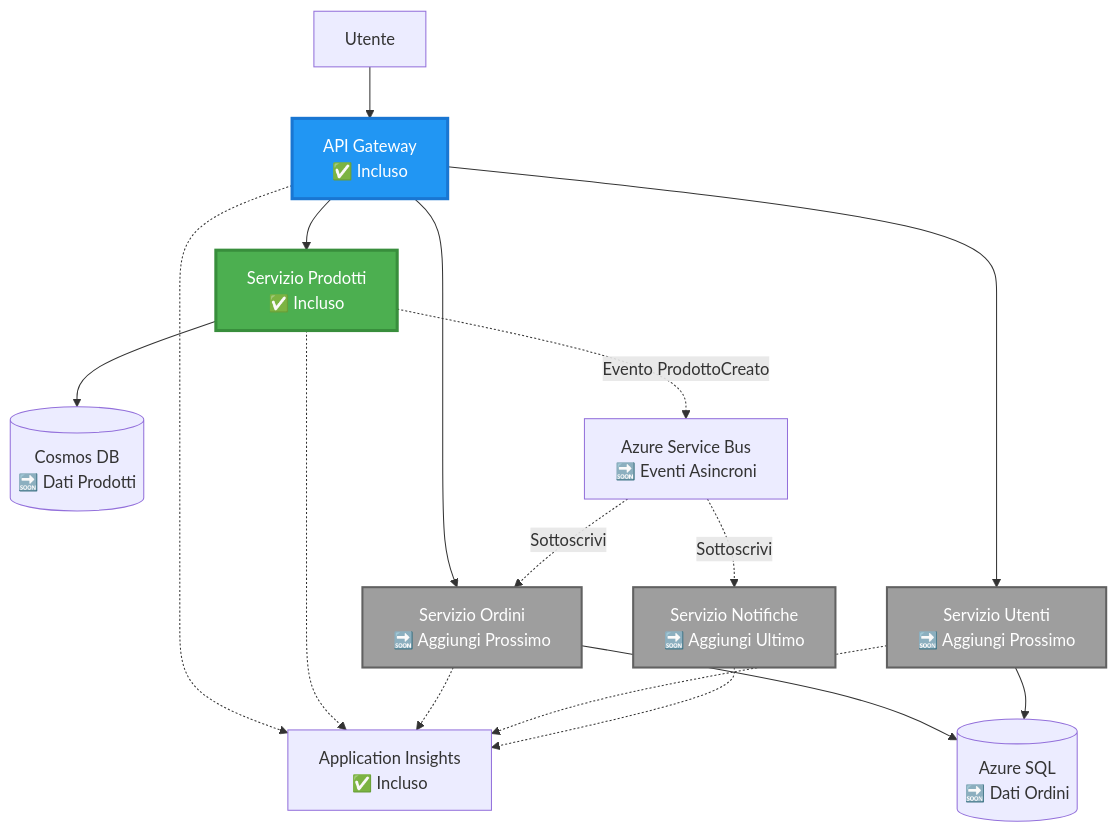
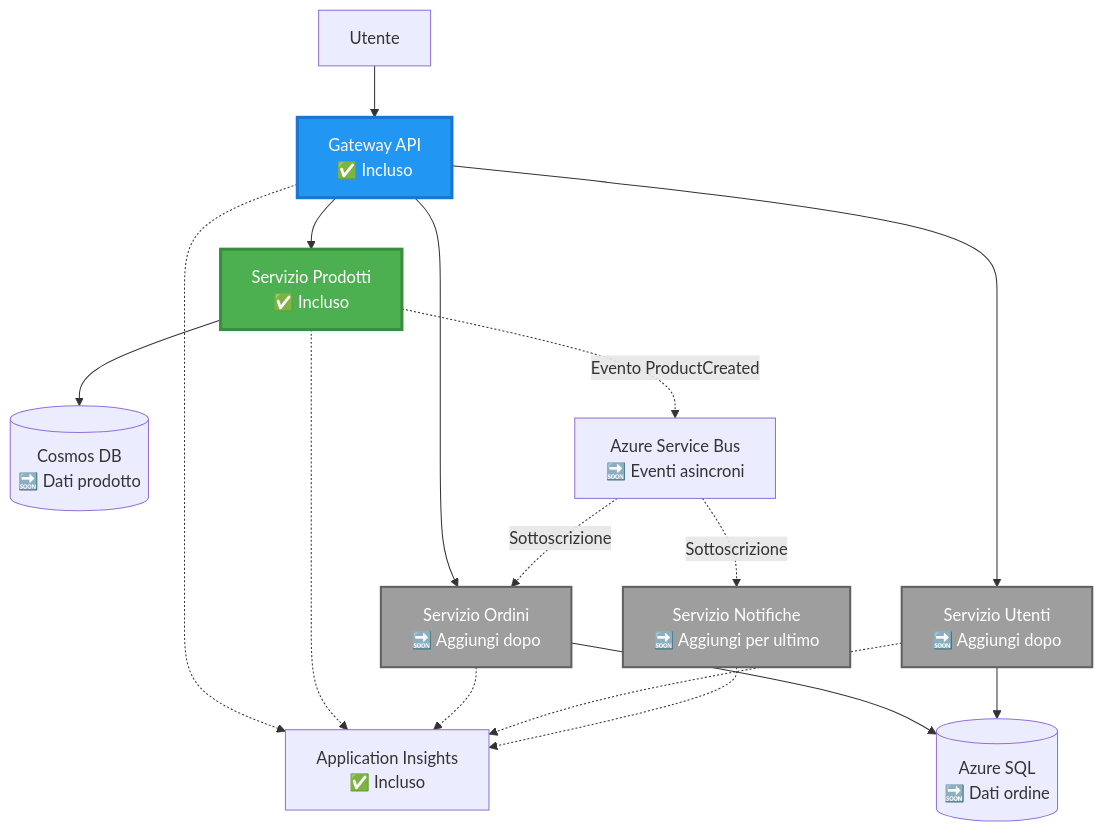
The second of 4 diagrams in translations/it/examples/microservices/README.md (microsoft/AZD-for-beginners), drawn with Mermaid before and after one commit. The commit also changed other lines of this file and 242 other files, not shown here.

````diff
--- a/translations/it/examples/microservices/README.md
+++ b/translations/it/examples/microservices/README.md
@@ -78,39 +69,39 @@
 ```mermaid
 graph TB
     User[Utente]
-    Gateway[API Gateway<br/>✅ Incluso]
+    Gateway[Gateway API<br/>✅ Incluso]
     Product[Servizio Prodotti<br/>✅ Incluso]
-    Order[Servizio Ordini<br/>🔜 Aggiungi Prossimo]
-    UserSvc[Servizio Utenti<br/>🔜 Aggiungi Prossimo]
-    Notify[Servizio Notifiche<br/>🔜 Aggiungi Ultimo]
+    Order[Servizio Ordini<br/>🔜 Aggiungi dopo]
+    UserSvc[Servizio Utenti<br/>🔜 Aggiungi dopo]
+    Notify[Servizio Notifiche<br/>🔜 Aggiungi per ultimo]
     
-    CosmosDB[(Cosmos DB<br/>🔜 Dati Prodotti)]
-    AzureSQL[(Azure SQL<br/>🔜 Dati Ordini)]
-    ServiceBus[Azure Service Bus<br/>🔜 Eventi Asincroni]
+    CosmosDB[(Cosmos DB<br/>🔜 Dati prodotto)]
+    AzureSQL[(Azure SQL<br/>🔜 Dati ordine)]
+    ServiceBus[Azure Service Bus<br/>🔜 Eventi asincroni]
     AppInsights[Application Insights<br/>✅ Incluso]
     
     User --> Gateway
     Gateway --> Product
     Gateway --> Order
     Gateway --> UserSvc
     
     Product --> CosmosDB
     Order --> AzureSQL
     UserSvc --> AzureSQL
     
-    Product -.->|Evento ProdottoCreato| ServiceBus
-    ServiceBus -.->|Sottoscrivi| Notify
-    ServiceBus -.->|Sottoscrivi| Order
+    Product -.->|Evento ProductCreated| ServiceBus
+    ServiceBus -.->|Sottoscrizione| Notify
+    ServiceBus -.->|Sottoscrizione| Order
     
     Gateway -.-> AppInsights
     Product -.-> AppInsights
     Order -.-> AppInsights
     UserSvc -.-> AppInsights
     Notify -.-> AppInsights
     
     style Product fill:#4CAF50,stroke:#388E3C,stroke-width:3px,color:#fff
     style Gateway fill:#2196F3,stroke:#1976D2,stroke-width:3px,color:#fff
     style Order fill:#9E9E9E,stroke:#616161,stroke-width:2px,color:#fff
     style UserSvc fill:#9E9E9E,stroke:#616161,stroke-width:2px,color:#fff
     style Notify fill:#9E9E9E,stroke:#616161,stroke-width:2px,color:#fff
 ```
````
